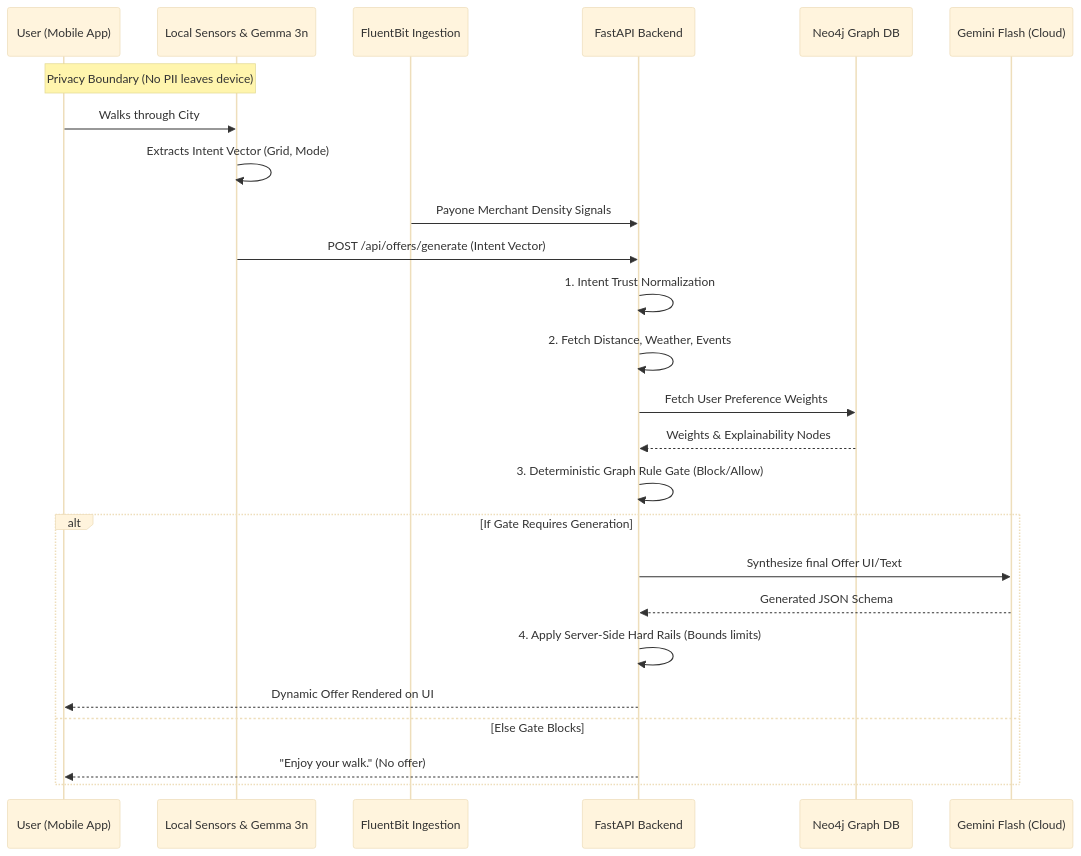
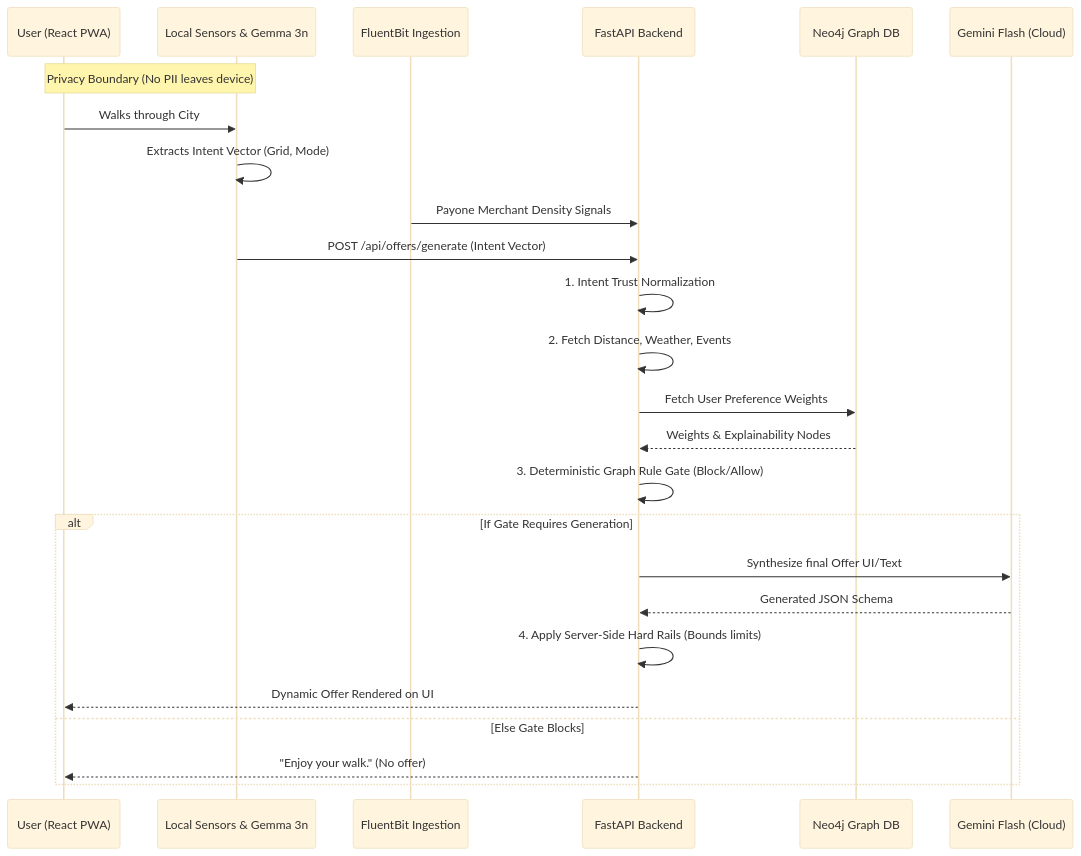
Before and after one commit to larsboes/Generative-City-Wallet: the diagram in docs/HACKATHON_JUDGE_GUIDE.md, drawn with Mermaid (base theme). The commit also changed other lines of this file and 14 other files, not shown here.

````diff
--- a/docs/HACKATHON_JUDGE_GUIDE.md
+++ b/docs/HACKATHON_JUDGE_GUIDE.md
@@ -36,35 +36,35 @@
 ```mermaid
 sequenceDiagram
-    participant User as User (Mobile App)
+    participant User as User (React PWA)
     participant Sensors as Local Sensors & Gemma 3n
     participant Fluent as FluentBit Ingestion
     participant API as FastAPI Backend
     participant Graph as Neo4j Graph DB
     participant Gemini as Gemini Flash (Cloud)
 
     note over User,Sensors: Privacy Boundary (No PII leaves device)
     
     User->>Sensors: Walks through City
     Sensors->>Sensors: Extracts Intent Vector (Grid, Mode)
     
     Fluent->>API: Payone Merchant Density Signals
     
     Sensors->>API: POST /api/offers/generate (Intent Vector)
     
     API->>API: 1. Intent Trust Normalization
     API->>API: 2. Fetch Distance, Weather, Events
     
     API->>Graph: Fetch User Preference Weights
     Graph-->>API: Weights & Explainability Nodes
     
     API->>API: 3. Deterministic Graph Rule Gate (Block/Allow)
     
     alt If Gate Requires Generation
         API->>Gemini: Synthesize final Offer UI/Text
         Gemini-->>API: Generated JSON Schema
         API->>API: 4. Apply Server-Side Hard Rails (Bounds limits)
         API-->>User: Dynamic Offer Rendered on UI
     else Else Gate Blocks
         API-->>User: "Enjoy your walk." (No offer)
     end
 ```
````
